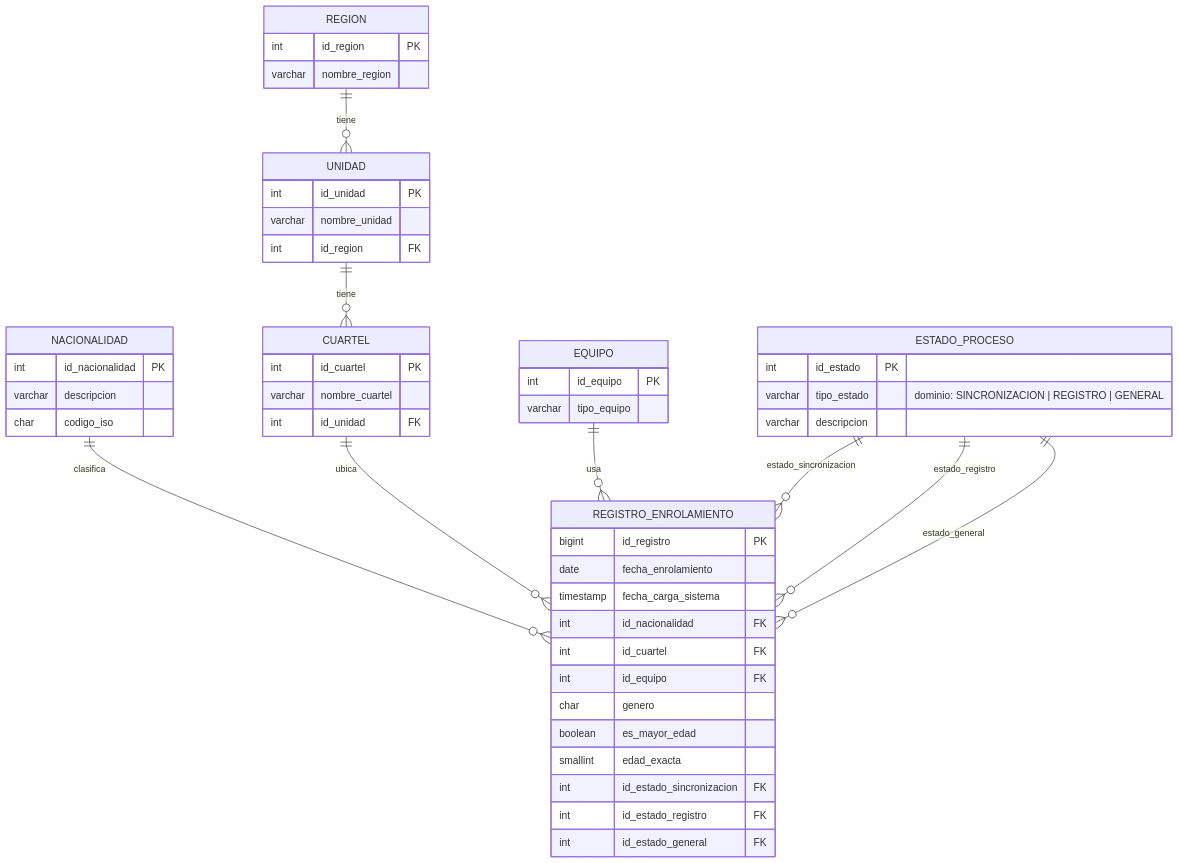
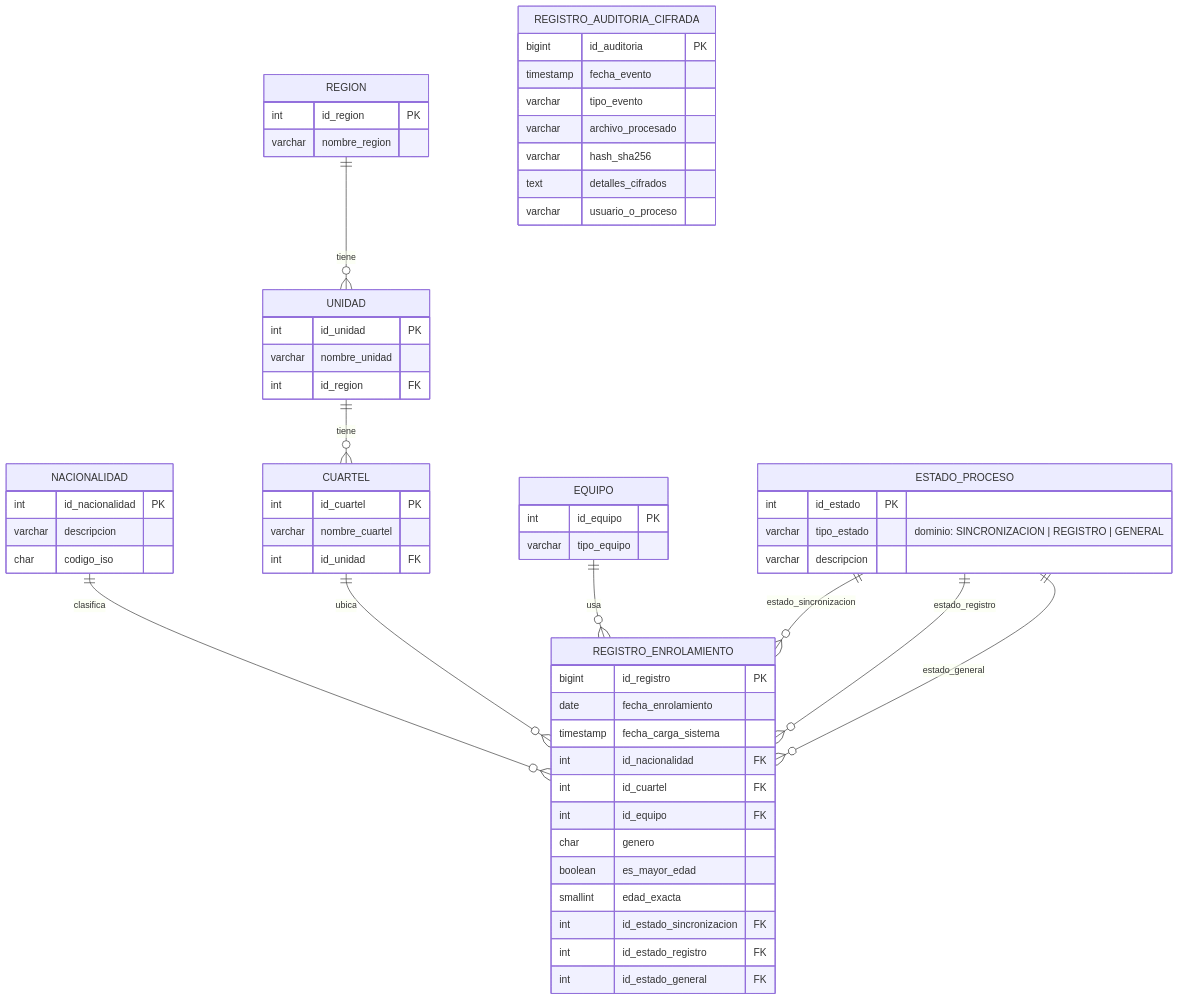
One commit to NicolasPonceH/Abis-Analisis changed the diagram in docs/diagramas/er-diagrama.md. Above: the diagram before and after it, drawn with Mermaid. The commit also changed other lines of this file and 28 other files, not shown here.

First line of the commit message:
feat: documentacion tecnica de base de datos con diagramas, capturas y reportes visuales

````diff
--- a/docs/diagramas/er-diagrama.md
+++ b/docs/diagramas/er-diagrama.md
@@ -6,54 +6,63 @@
 ```mermaid
 erDiagram
     REGION ||--o{ UNIDAD : tiene
     UNIDAD ||--o{ CUARTEL : tiene
     NACIONALIDAD ||--o{ REGISTRO_ENROLAMIENTO : clasifica
     CUARTEL ||--o{ REGISTRO_ENROLAMIENTO : ubica
     EQUIPO ||--o{ REGISTRO_ENROLAMIENTO : usa
     ESTADO_PROCESO ||--o{ REGISTRO_ENROLAMIENTO : "estado_sincronizacion"
     ESTADO_PROCESO ||--o{ REGISTRO_ENROLAMIENTO : "estado_registro"
     ESTADO_PROCESO ||--o{ REGISTRO_ENROLAMIENTO : "estado_general"
 
     NACIONALIDAD {
         int id_nacionalidad PK
         varchar descripcion
         char codigo_iso
     }
     REGION {
         int id_region PK
         varchar nombre_region
     }
     UNIDAD {
         int id_unidad PK
         varchar nombre_unidad
         int id_region FK
     }
     CUARTEL {
         int id_cuartel PK
         varchar nombre_cuartel
         int id_unidad FK
     }
     EQUIPO {
         int id_equipo PK
         varchar tipo_equipo
     }
     ESTADO_PROCESO {
         int id_estado PK
         varchar tipo_estado "dominio: SINCRONIZACION | REGISTRO | GENERAL"
         varchar descripcion
     }
     REGISTRO_ENROLAMIENTO {
         bigint id_registro PK
         date fecha_enrolamiento
         timestamp fecha_carga_sistema
         int id_nacionalidad FK
         int id_cuartel FK
         int id_equipo FK
         char genero
         boolean es_mayor_edad
         smallint edad_exacta
         int id_estado_sincronizacion FK
         int id_estado_registro FK
         int id_estado_general FK
     }
+    REGISTRO_AUDITORIA_CIFRADA {
+        bigint id_auditoria PK
+        timestamp fecha_evento
+        varchar tipo_evento
+        varchar archivo_procesado
+        varchar hash_sha256
+        text detalles_cifrados
+        varchar usuario_o_proceso
+    }
 ```
````
